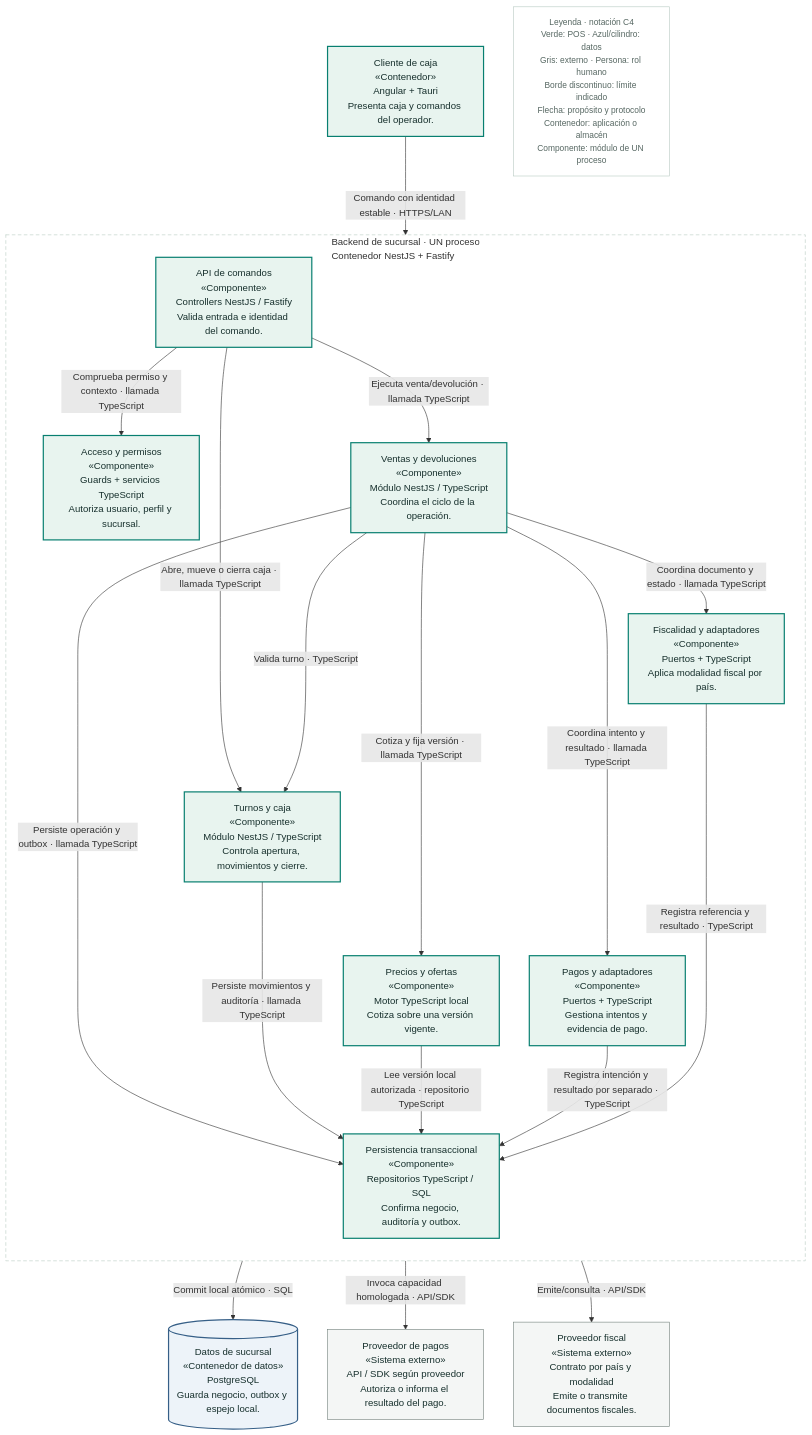
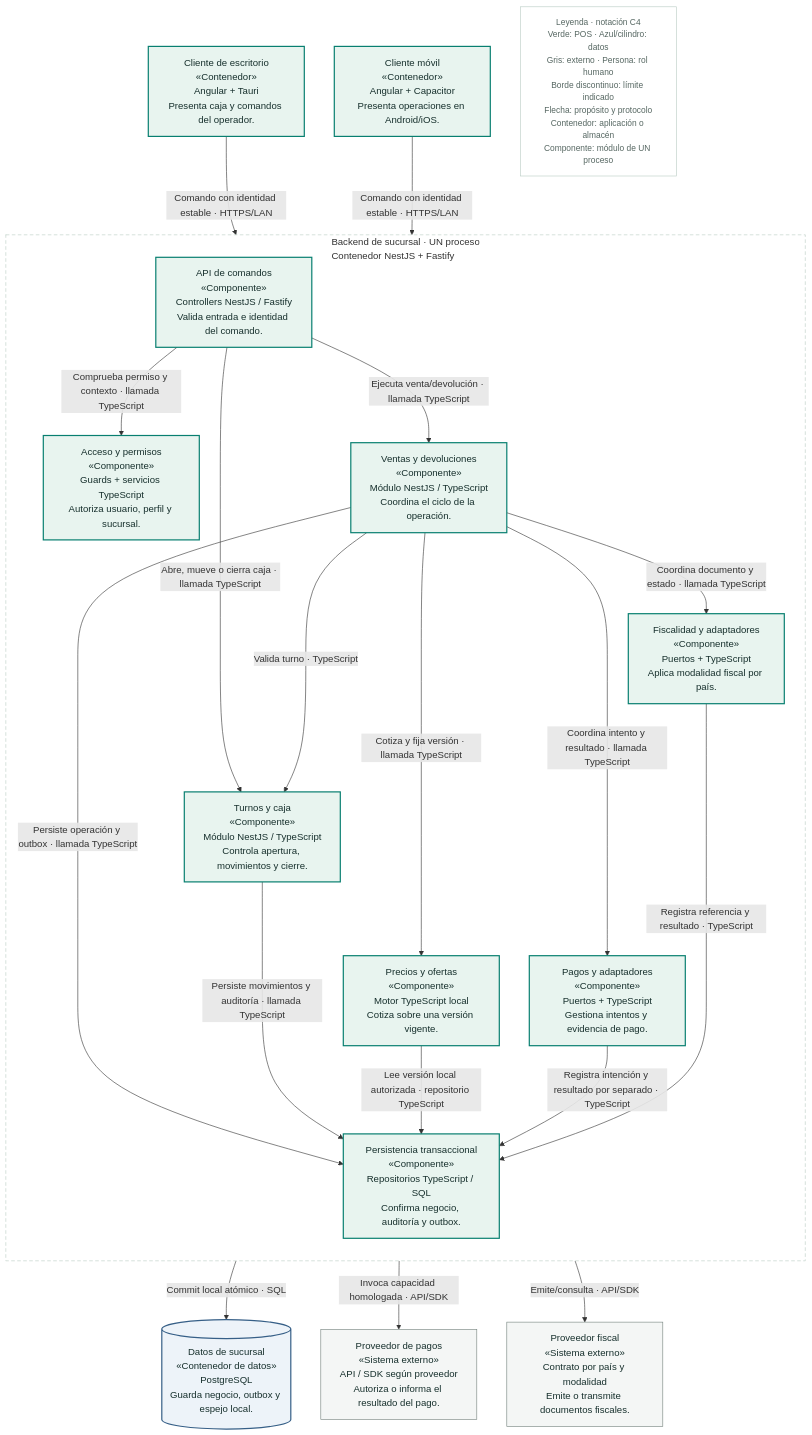
Before and after one commit to floxcristian/pos-platform: the diagram in docs/diagramas-excalidraw/mermaid/c4-backend.mmd, drawn with Mermaid. The commit also changed 70 other files, not shown here.

Commit message:
docs(architecture): document native clients and agreed shared structure

```diff
--- a/docs/diagramas-excalidraw/mermaid/c4-backend.mmd
+++ b/docs/diagramas-excalidraw/mermaid/c4-backend.mmd
@@ -1,42 +1,44 @@
 flowchart TB
     accTitle: C3 · Backend de sucursal — Dentro del monolito modular
     accDescr: Un solo contenedor: backend de sucursal NestJS + Fastify. Los bloques interiores son componentes del mismo proceso. Las llamadas internas son TypeScript; no se propone HTTP ni una base independiente entre módulos. Efectos externos tienen estados y recuperación separados.
     subgraph backendScope["Backend de sucursal · UN proceso<br/>Contenedor NestJS + Fastify"]
         direction TB
         entry["API de comandos<br/>«Componente»<br/>Controllers NestJS / Fastify<br/>Valida entrada e identidad del comando."]:::pos
         access["Acceso y permisos<br/>«Componente»<br/>Guards + servicios TypeScript<br/>Autoriza usuario, perfil y sucursal."]:::pos
         sales["Ventas y devoluciones<br/>«Componente»<br/>Módulo NestJS / TypeScript<br/>Coordina el ciclo de la operación."]:::pos
         pricing["Precios y ofertas<br/>«Componente»<br/>Motor TypeScript local<br/>Cotiza sobre una versión vigente."]:::pos
         cash["Turnos y caja<br/>«Componente»<br/>Módulo NestJS / TypeScript<br/>Controla apertura, movimientos y cierre."]:::pos
         payPort["Pagos y adaptadores<br/>«Componente»<br/>Puertos + TypeScript<br/>Gestiona intentos y evidencia de pago."]:::pos
         fiscalPort["Fiscalidad y adaptadores<br/>«Componente»<br/>Puertos + TypeScript<br/>Aplica modalidad fiscal por país."]:::pos
         unitOfWork["Persistencia transaccional<br/>«Componente»<br/>Repositorios TypeScript / SQL<br/>Confirma negocio, auditoría y outbox."]:::pos
     end
-    client["Cliente de caja<br/>«Contenedor»<br/>Angular + Tauri<br/>Presenta caja y comandos del operador."]:::pos
+    mobileClient["Cliente móvil<br/>«Contenedor»<br/>Angular + Capacitor<br/>Presenta operaciones en Android/iOS."]:::pos
+    client["Cliente de escritorio<br/>«Contenedor»<br/>Angular + Tauri<br/>Presenta caja y comandos del operador."]:::pos
     branchDb[("Datos de sucursal<br/>«Contenedor de datos»<br/>PostgreSQL<br/>Guarda negocio, outbox y espejo local.")]:::store
     payments["Proveedor de pagos<br/>«Sistema externo»<br/>API / SDK según proveedor<br/>Autoriza o informa el resultado del pago."]:::external
     fiscal["Proveedor fiscal<br/>«Sistema externo»<br/>Contrato por país y modalidad<br/>Emite o transmite documentos fiscales."]:::external
     legend["Leyenda · notación C4<br/>Verde: POS · Azul/cilindro: datos<br/>Gris: externo · Persona: rol humano<br/>Borde discontinuo: límite indicado<br/>Flecha: propósito y protocolo<br/>Contenedor: aplicación o almacén<br/>Componente: módulo de UN proceso"]:::key
     client -->|"Comando con identidad estable · HTTPS/LAN"| entry
+    mobileClient -->|"Comando con identidad estable · HTTPS/LAN"| entry
     entry -->|"Comprueba permiso y contexto · llamada TypeScript"| access
     entry -->|"Ejecuta venta/devolución · llamada TypeScript"| sales
     entry -->|"Abre, mueve o cierra caja · llamada TypeScript"| cash
     sales -->|"Cotiza y fija versión · llamada TypeScript"| pricing
     sales --->|"Valida turno · TypeScript"| cash
     sales -->|"Coordina intento y resultado · llamada TypeScript"| payPort
     sales -->|"Coordina documento y estado · llamada TypeScript"| fiscalPort
     sales -->|"Persiste operación y outbox · llamada TypeScript"| unitOfWork
     cash -->|"Persiste movimientos y auditoría · llamada TypeScript"| unitOfWork
     pricing -->|"Lee versión local autorizada · repositorio TypeScript"| unitOfWork
     payPort -->|"Registra intención y resultado por separado · TypeScript"| unitOfWork
     fiscalPort ---->|"Registra referencia y resultado · TypeScript"| unitOfWork
     unitOfWork -->|"Commit local atómico · SQL"| branchDb
     payPort -->|"Invoca capacidad homologada · API/SDK"| payments
     fiscalPort -->|"Emite/consulta · API/SDK"| fiscal
     classDef pos fill:#e8f4ef,stroke:#087f70,color:#17302d,stroke-width:2px
     classDef store fill:#edf3f9,stroke:#365f87,color:#17302d,stroke-width:2px
     classDef external fill:#f4f6f5,stroke:#74827d,color:#17302d
     classDef person fill:#152d2b,stroke:#152d2b,color:#ffffff
     classDef infra fill:#fbf1e2,stroke:#a86516,color:#17302d
     classDef key fill:#ffffff,stroke:#b9cbc3,color:#566762,font-size:14px
     style backendScope fill:#ffffff,stroke:#b9cbc3,stroke-dasharray:6 4
```
